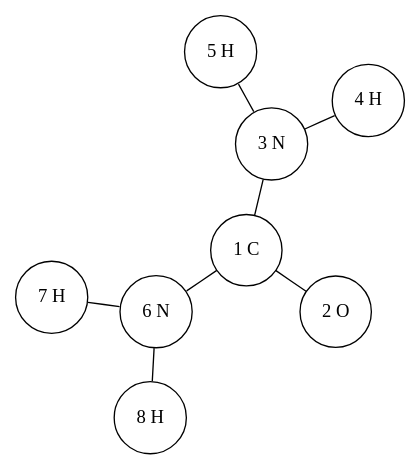
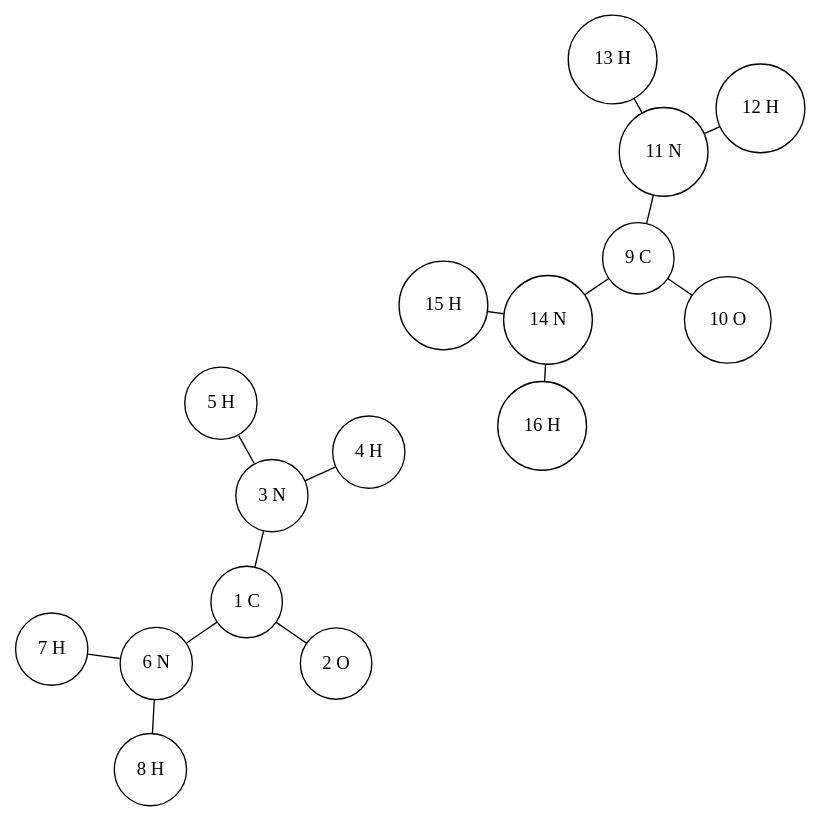
The diagram in guide/explanation/urea-2-top.dot (graeter-group/kimmdy), drawn with Graphviz before and after one commit. The commit also changed 8 other files, not shown here.

```diff
--- a/guide/explanation/urea-2-top.dot
+++ b/guide/explanation/urea-2-top.dot
@@ -1,13 +1,20 @@
 
         graph G {
           layout=neato
           overlap=true
           node [shape="circle"]
     "1 C"  -- "2 O" ;
 "1 C"  -- "3 N" ;
 "1 C"  -- "6 N" ;
 "3 N"  -- "4 H" ;
 "3 N"  -- "5 H" ;
 "6 N"  -- "7 H" ;
 "6 N"  -- "8 H" ;
+"9 C"  -- "10 O" ;
+"9 C"  -- "11 N" ;
+"9 C"  -- "14 N" ;
+"11 N"  -- "12 H" ;
+"11 N"  -- "13 H" ;
+"14 N"  -- "15 H" ;
+"14 N"  -- "16 H" ;
         }
```
